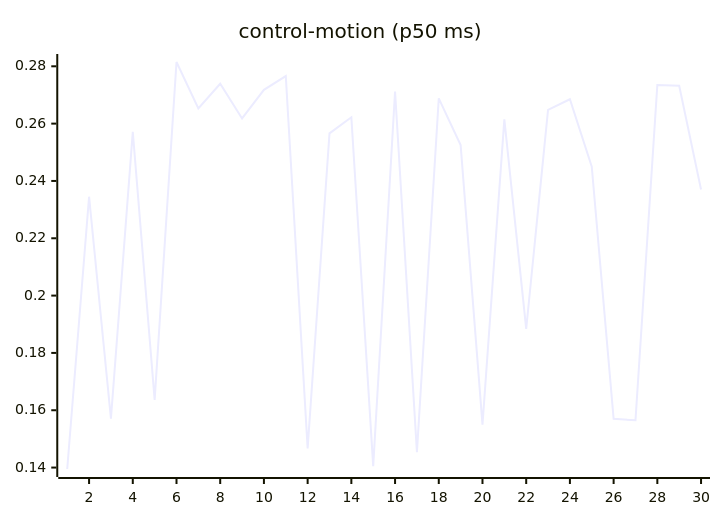
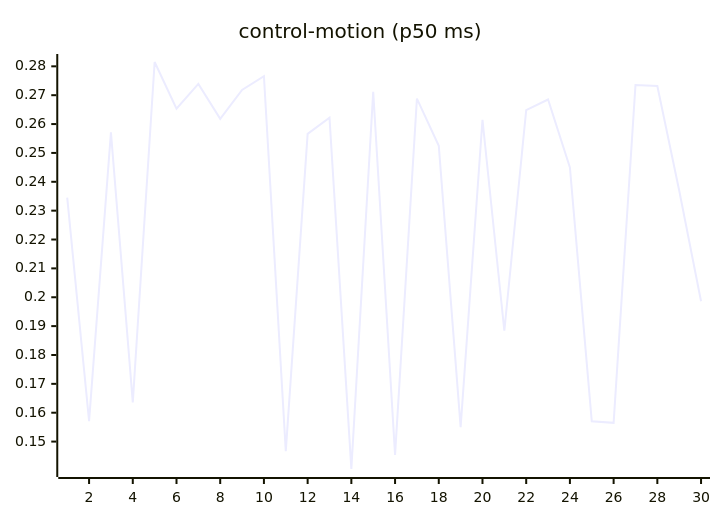
Before and after one commit to josha/Facet: the seventh of 27 diagrams in README.md, drawn with Mermaid. The commit also changed other lines of this file and 2 other files, not shown here.

````diff
--- a/README.md
+++ b/README.md
@@ -105,6 +105,6 @@
 ```mermaid
 xychart-beta
     title "control-motion (p50 ms)"
     x-axis 1 --> 30
-    line [0.1395, 0.2345, 0.1571, 0.2571, 0.1636, 0.2815, 0.2653, 0.2739, 0.2618, 0.2718, 0.2766, 0.1467, 0.2566, 0.2622, 0.1405, 0.2712, 0.1454, 0.2688, 0.2525, 0.1550, 0.2615, 0.1884, 0.2648, 0.2685, 0.2450, 0.1570, 0.1565, 0.2735, 0.2732, 0.2370]
+    line [0.2345, 0.1571, 0.2571, 0.1636, 0.2815, 0.2653, 0.2739, 0.2618, 0.2718, 0.2766, 0.1467, 0.2566, 0.2622, 0.1405, 0.2712, 0.1454, 0.2688, 0.2525, 0.1550, 0.2615, 0.1884, 0.2648, 0.2685, 0.2450, 0.1570, 0.1565, 0.2735, 0.2732, 0.2370, 0.1986]
 ```
````
